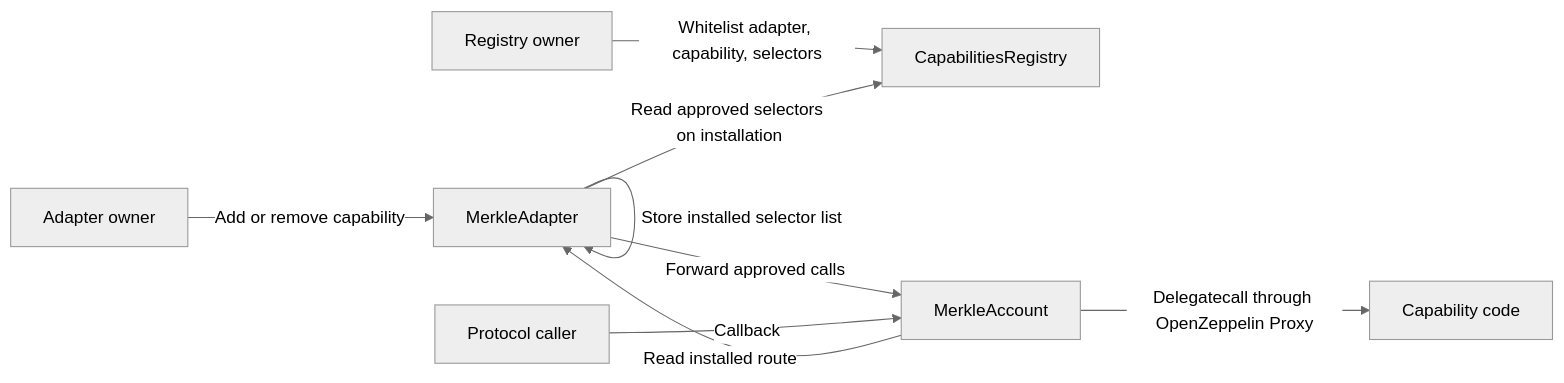
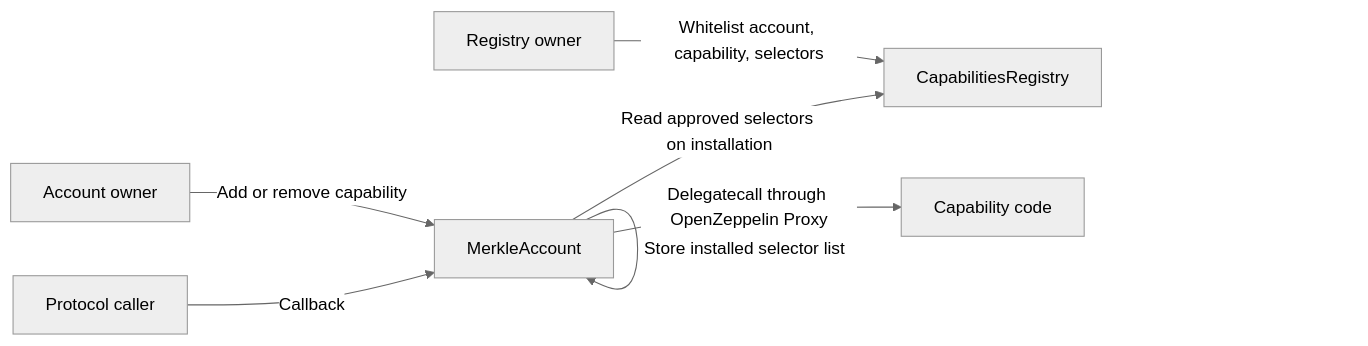
The diagram in docs/capability-governance.md (symbioticfi/adapters), drawn with Mermaid (neutral theme) before and after one commit. The commit also changed other lines of this file and 83 other files, not shown here.

````diff
--- a/docs/capability-governance.md
+++ b/docs/capability-governance.md
@@ -3,11 +3,9 @@
 ```mermaid
 flowchart LR
-  S[Registry owner] -->|Whitelist adapter, capability, selectors| R[CapabilitiesRegistry]
-  C[Adapter owner] -->|Add or remove capability| A[MerkleAdapter]
-  A -->|Read approved selectors on installation| R
-  A -->|Store installed selector list| A
-  A -->|Forward approved calls| M[MerkleAccount]
+  S[Registry owner] -->|Whitelist account, capability, selectors| R[CapabilitiesRegistry]
+  C[Account owner] -->|Add or remove capability| M[MerkleAccount]
+  M -->|Read approved selectors on installation| R
+  M -->|Store installed selector list| M
   X[Protocol caller] -->|Callback| M
-  M -->|Read installed route| A
   M -->|Delegatecall through OpenZeppelin Proxy| I[Capability code]
 ```
````
